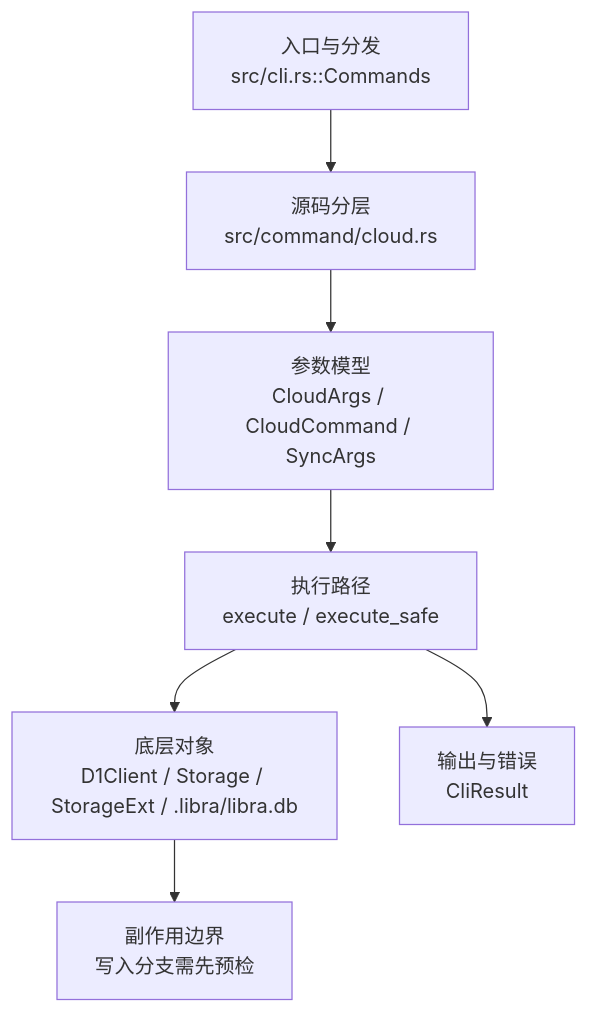
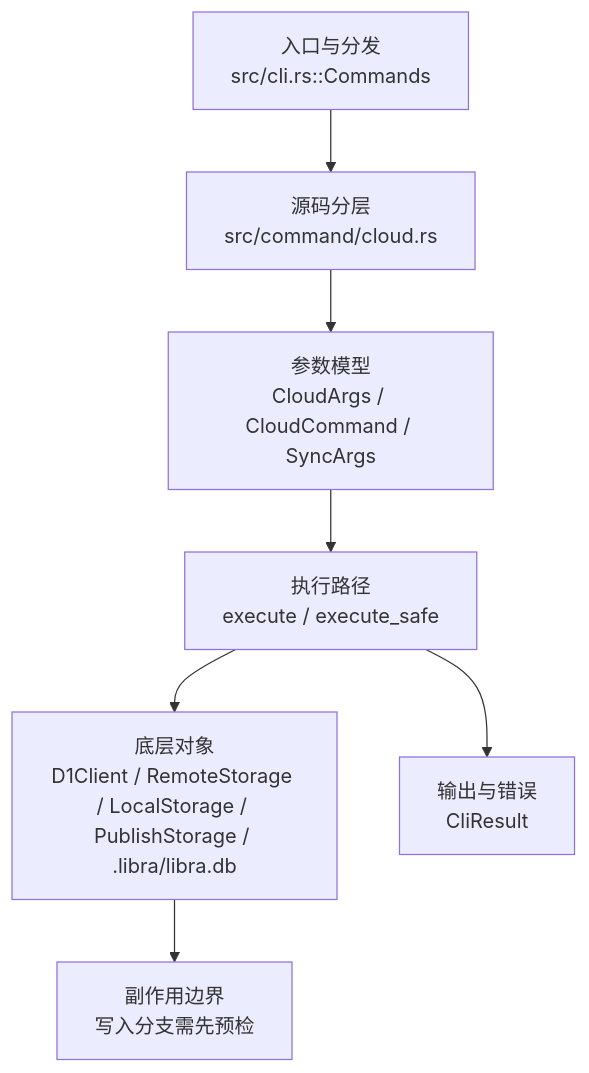
One commit to web3infra-foundation/libra changed the diagram in docs/development/commands/cloud.md. Above: the diagram before and after it, drawn with Mermaid. The commit also changed other lines of this file and 65 other files, not shown here.

````diff
--- a/docs/development/commands/cloud.md
+++ b/docs/development/commands/cloud.md
@@ -22,9 +22,9 @@
 ```mermaid
 flowchart TD
     A["入口与分发<br/>src/cli.rs::Commands"] --> B["源码分层<br/>src/command/cloud.rs"]
     B --> C["参数模型<br/>CloudArgs / CloudCommand / SyncArgs"]
     C --> D["执行路径<br/>execute / execute_safe"]
-    D --> E["底层对象<br/>D1Client / Storage / StorageExt / .libra/libra.db"]
+    D --> E["底层对象<br/>D1Client / RemoteStorage / LocalStorage / PublishStorage / .libra/libra.db"]
     D --> F["输出与错误<br/>CliResult"]
     E --> G["副作用边界<br/>写入分支需先预检"]
 ```
````
